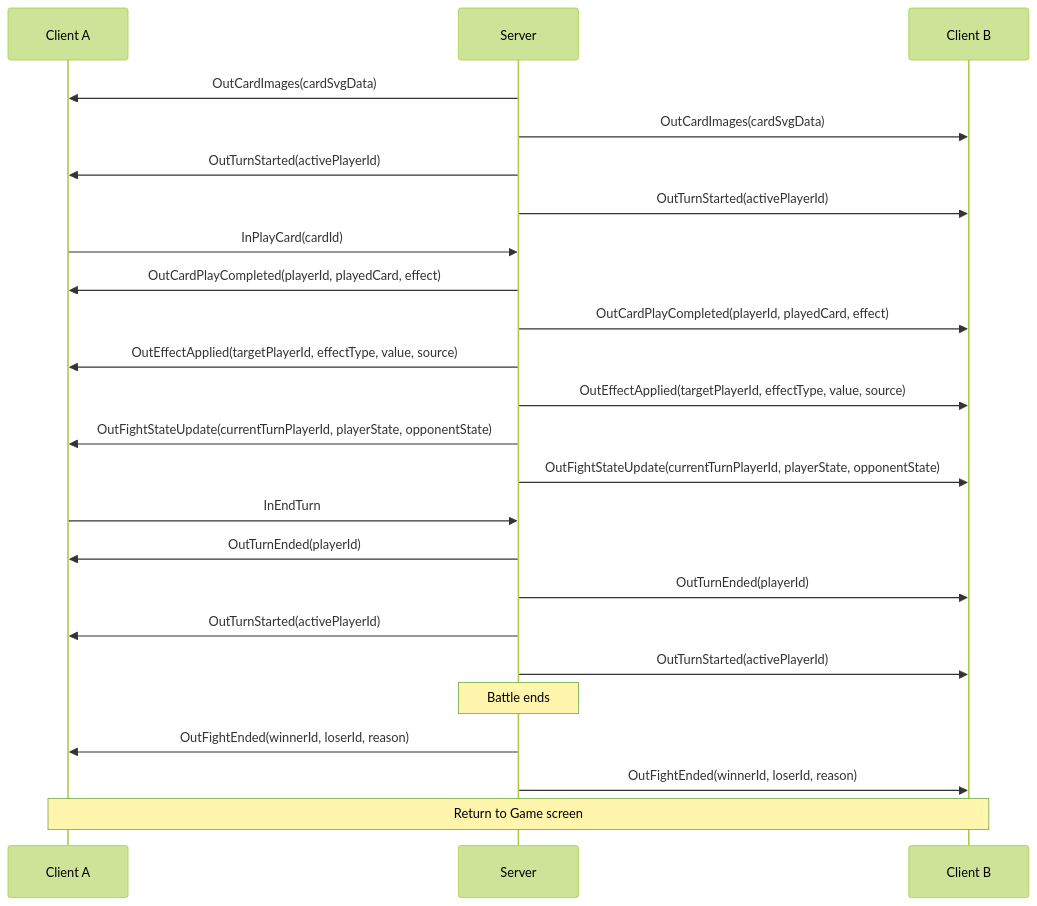
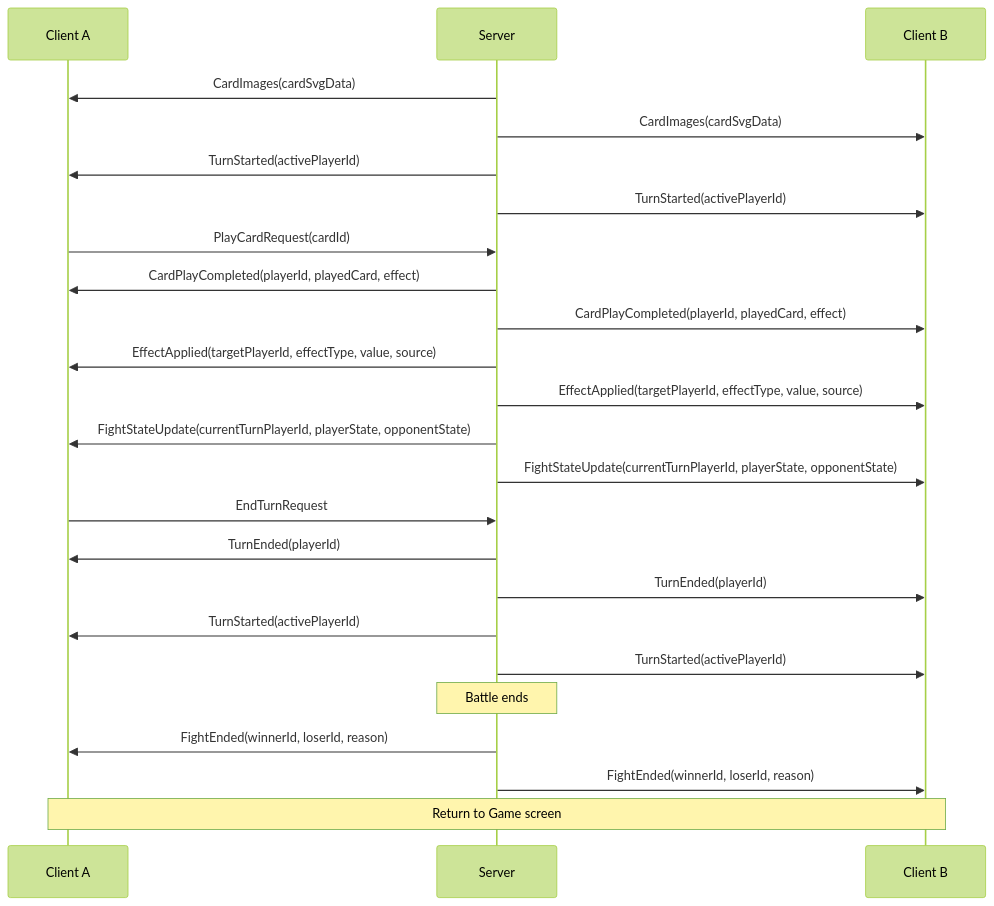
One commit to smidy/ChickenFight changed the fourth of 4 diagrams in Learning/ExternalMessagesReference.md. Above: the diagram before and after it, drawn with Mermaid (forest theme). The commit also changed other lines of this file and 3 other files, not shown here.

````diff
--- a/Learning/ExternalMessagesReference.md
+++ b/Learning/ExternalMessagesReference.md
@@ -120,30 +158,30 @@
 ```mermaid
 sequenceDiagram
     participant Client A
     participant Server
     participant Client B
     
-    Server->>Client A: OutCardImages(cardSvgData)
-    Server->>Client B: OutCardImages(cardSvgData)
-    Server->>Client A: OutTurnStarted(activePlayerId)
-    Server->>Client B: OutTurnStarted(activePlayerId)
+    Server->>Client A: CardImages(cardSvgData)
+    Server->>Client B: CardImages(cardSvgData)
+    Server->>Client A: TurnStarted(activePlayerId)
+    Server->>Client B: TurnStarted(activePlayerId)
     
-    Client A->>Server: InPlayCard(cardId)
-    Server->>Client A: OutCardPlayCompleted(playerId, playedCard, effect)
-    Server->>Client B: OutCardPlayCompleted(playerId, playedCard, effect)
-    Server->>Client A: OutEffectApplied(targetPlayerId, effectType, value, source)
-    Server->>Client B: OutEffectApplied(targetPlayerId, effectType, value, source)
-    Server->>Client A: OutFightStateUpdate(currentTurnPlayerId, playerState, opponentState)
-    Server->>Client B: OutFightStateUpdate(currentTurnPlayerId, playerState, opponentState)
+    Client A->>Server: PlayCardRequest(cardId)
+    Server->>Client A: CardPlayCompleted(playerId, playedCard, effect)
+    Server->>Client B: CardPlayCompleted(playerId, playedCard, effect)
+    Server->>Client A: EffectApplied(targetPlayerId, effectType, value, source)
+    Server->>Client B: EffectApplied(targetPlayerId, effectType, value, source)
+    Server->>Client A: FightStateUpdate(currentTurnPlayerId, playerState, opponentState)
+    Server->>Client B: FightStateUpdate(currentTurnPlayerId, playerState, opponentState)
     
-    Client A->>Server: InEndTurn
-    Server->>Client A: OutTurnEnded(playerId)
-    Server->>Client B: OutTurnEnded(playerId)
-    Server->>Client A: OutTurnStarted(activePlayerId)
-    Server->>Client B: OutTurnStarted(activePlayerId)
+    Client A->>Server: EndTurnRequest
+    Server->>Client A: TurnEnded(playerId)
+    Server->>Client B: TurnEnded(playerId)
+    Server->>Client A: TurnStarted(activePlayerId)
+    Server->>Client B: TurnStarted(activePlayerId)
     
     Note over Server: Battle ends
-    Server->>Client A: OutFightEnded(winnerId, loserId, reason)
-    Server->>Client B: OutFightEnded(winnerId, loserId, reason)
+    Server->>Client A: FightEnded(winnerId, loserId, reason)
+    Server->>Client B: FightEnded(winnerId, loserId, reason)
     Note over Client A,Client B: Return to Game screen
 ```
````
